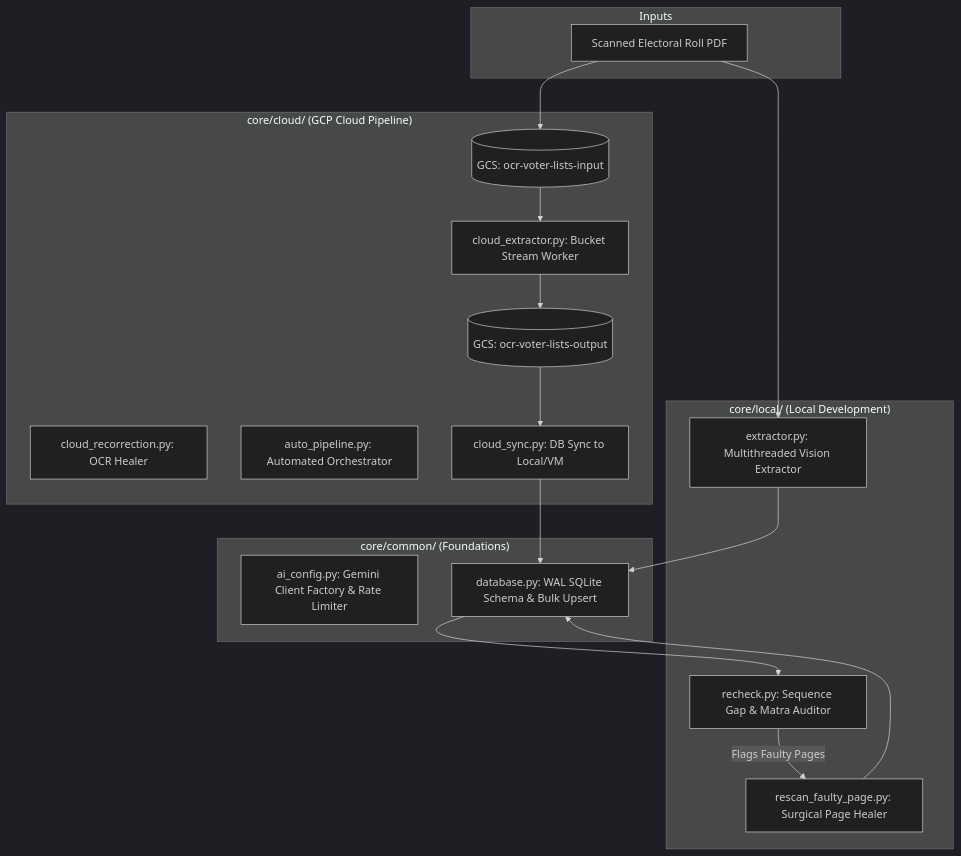
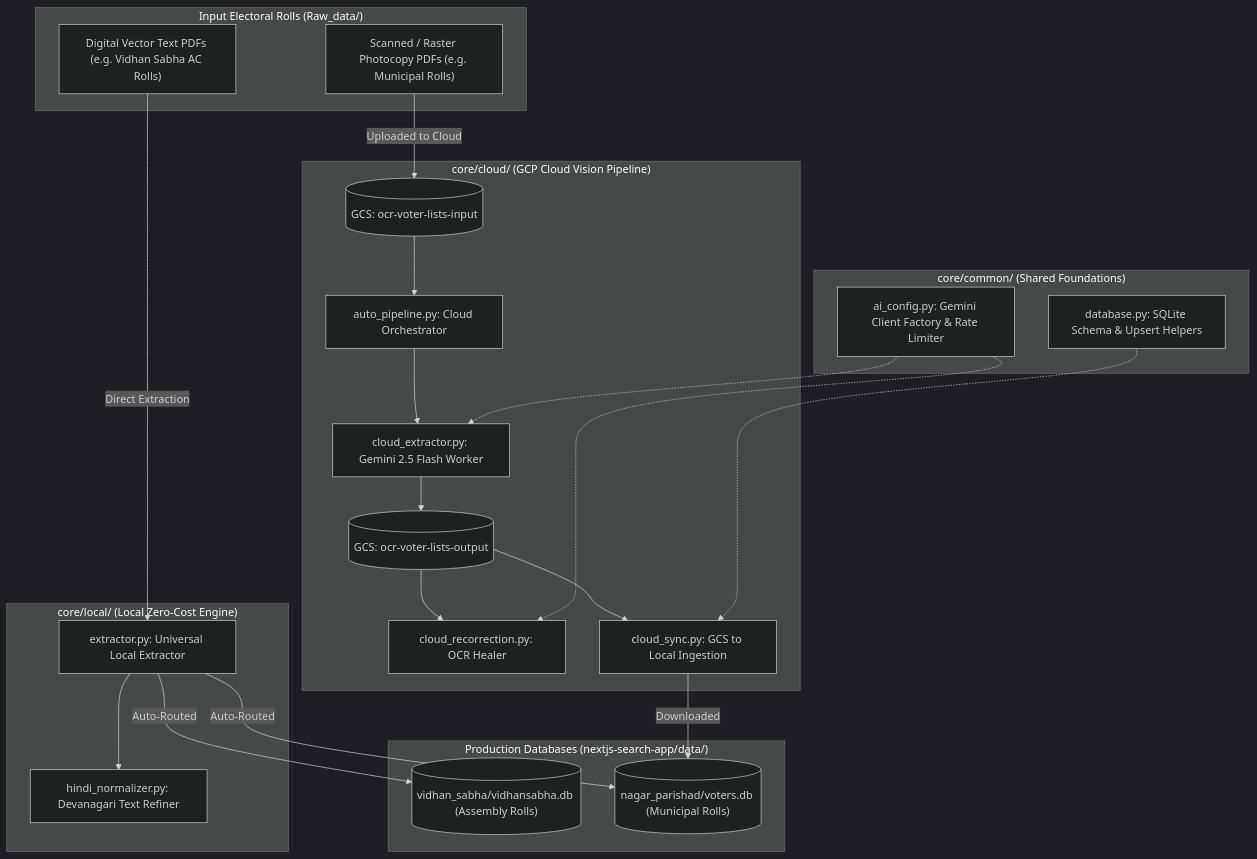
One commit to Shagarwal07/Voter_scrap changed the diagram in core/README.md. Above: the diagram before and after it, drawn with Mermaid (dark theme). The commit also changed other lines of this file and 10 other files, not shown here.

Commit message:
refactor(core): streamline offline extractor, embed Devanagari normalization, and update docs

````diff
--- a/core/README.md
+++ b/core/README.md
@@ -21,37 +36,48 @@
 ```mermaid
 flowchart TD
-    subgraph Inputs
-        PDF[Scanned Electoral Roll PDF]
+    subgraph Inputs ["Input Electoral Rolls (Raw_data/)"]
+        PDF_TEXT["Digital Vector Text PDFs (e.g. Vidhan Sabha AC Rolls)"]
+        PDF_SCAN["Scanned / Raster Photocopy PDFs (e.g. Municipal Rolls)"]
     end
 
-    subgraph "core/local/ (Local Development)"
-        EXT[extractor.py: Multithreaded Vision Extractor]
-        CHK[recheck.py: Sequence Gap & Matra Auditor]
-        RES[rescan_faulty_page.py: Surgical Page Healer]
+    subgraph LocalEngine ["core/local/ (Local Zero-Cost Engine)"]
+        EXT["extractor.py: Universal Local Extractor"]
+        NORM["hindi_normalizer.py: Devanagari Text Refiner"]
+        EXT --> NORM
     end
 
-    subgraph "core/cloud/ (GCP Cloud Pipeline)"
-        GCS_IN[(GCS: ocr-voter-lists-input)]
-        C_EXT[cloud_extractor.py: Bucket Stream Worker]
-        C_REC[cloud_recorrection.py: OCR Healer]
-        PIPE[auto_pipeline.py: Automated Orchestrator]
-        SYNC[cloud_sync.py: DB Sync to Local/VM]
-        GCS_OUT[(GCS: ocr-voter-lists-output)]
+    subgraph CloudEngine ["core/cloud/ (GCP Cloud Vision Pipeline)"]
+        GCS_IN[("GCS: ocr-voter-lists-input")]
+        C_PIPE["auto_pipeline.py: Cloud Orchestrator"]
+        C_EXT["cloud_extractor.py: Gemini 2.5 Flash Worker"]
+        C_REC["cloud_recorrection.py: OCR Healer"]
+        C_SYNC["cloud_sync.py: GCS to Local Ingestion"]
+        GCS_OUT[("GCS: ocr-voter-lists-output")]
+        
+        GCS_IN --> C_PIPE
+        C_PIPE --> C_EXT
+        C_EXT --> GCS_OUT
+        GCS_OUT --> C_REC
+        GCS_OUT --> C_SYNC
     end
 
-    subgraph "core/common/ (Foundations)"
-        AI[ai_config.py: Gemini Client Factory & Rate Limiter]
-        DB[database.py: WAL SQLite Schema & Bulk Upsert]
+    subgraph CommonEngine ["core/common/ (Shared Foundations)"]
+        AI_CFG["ai_config.py: Gemini Client Factory & Rate Limiter"]
+        DB_HLP["database.py: SQLite Schema & Upsert Helpers"]
+        AI_CFG -.-> C_EXT
+        AI_CFG -.-> C_REC
+        DB_HLP -.-> C_SYNC
     end
 
-    PDF --> EXT
-    PDF --> GCS_IN
-    GCS_IN --> C_EXT
-    C_EXT --> GCS_OUT
-    GCS_OUT --> SYNC
-    EXT --> DB
-    SYNC --> DB
-    DB --> CHK
-    CHK -->|Flags Faulty Pages| RES
-    RES --> DB
+    subgraph ProductionDB ["Production Databases (nextjs-search-app/data/)"]
+        VS_DB[("vidhan_sabha/vidhansabha.db (Assembly Rolls)")]
+        NP_DB[("nagar_parishad/voters.db (Municipal Rolls)")]
+    end
+
+    PDF_TEXT -->|Direct Extraction| EXT
+    EXT -->|Auto-Routed| VS_DB
+    EXT -->|Auto-Routed| NP_DB
+
+    PDF_SCAN -->|Uploaded to Cloud| GCS_IN
+    C_SYNC -->|Downloaded| NP_DB
 ```
````
